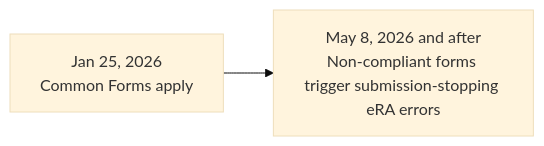
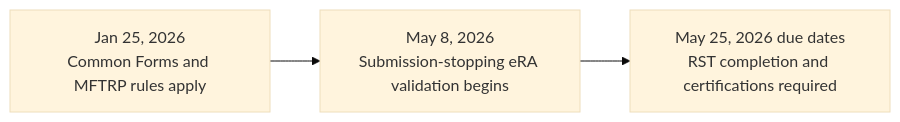
The diagram in docs/policy/effective-dates.md (FritscheLab/nih-sciencv-playbook), drawn with Mermaid (base theme) before and after one commit. The commit also changed other lines of this file and 48 other files, not shown here.

First line of the commit message:
Refactor documentation and templates for NIH Common Forms compliance

````diff
--- a/docs/policy/effective-dates.md
+++ b/docs/policy/effective-dates.md
@@ -16,6 +21,7 @@
 ```mermaid
 flowchart LR
     accTitle: NIH Common Forms effective date timeline
-    accDescr: A timeline showing the January 25, 2026 Common Forms start date and the May 8, 2026 active enforcement phase.
-    A["Jan 25, 2026<br/>Common Forms apply"] --> B["May 8, 2026 and after<br/>Non-compliant forms trigger submission-stopping eRA errors"]
+    accDescr: A timeline showing the January 25 Common Forms and MFTRP start, May 8 system enforcement, and May 25 research security training requirements.
+    A["Jan 25, 2026<br/>Common Forms and MFTRP rules apply"] --> B["May 8, 2026<br/>Submission-stopping eRA validation begins"]
+    B --> C["May 25, 2026 due dates<br/>RST completion and certifications required"]
 ```
````
